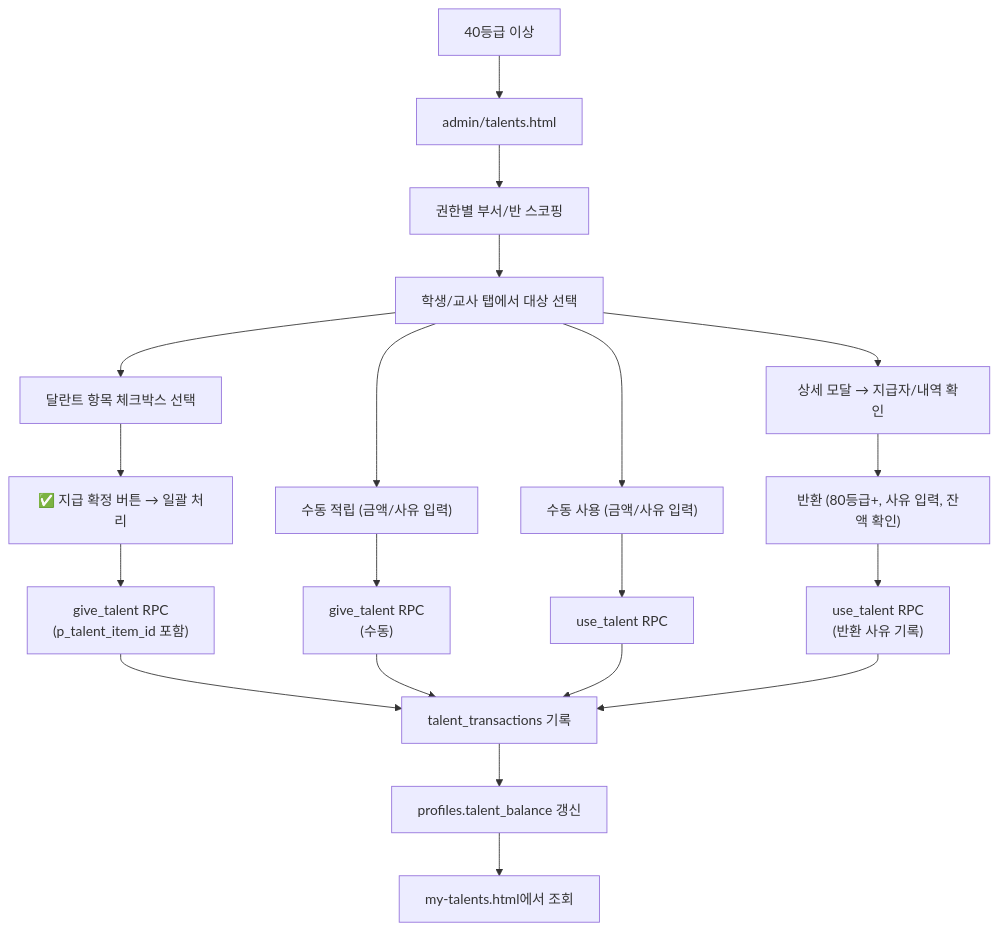
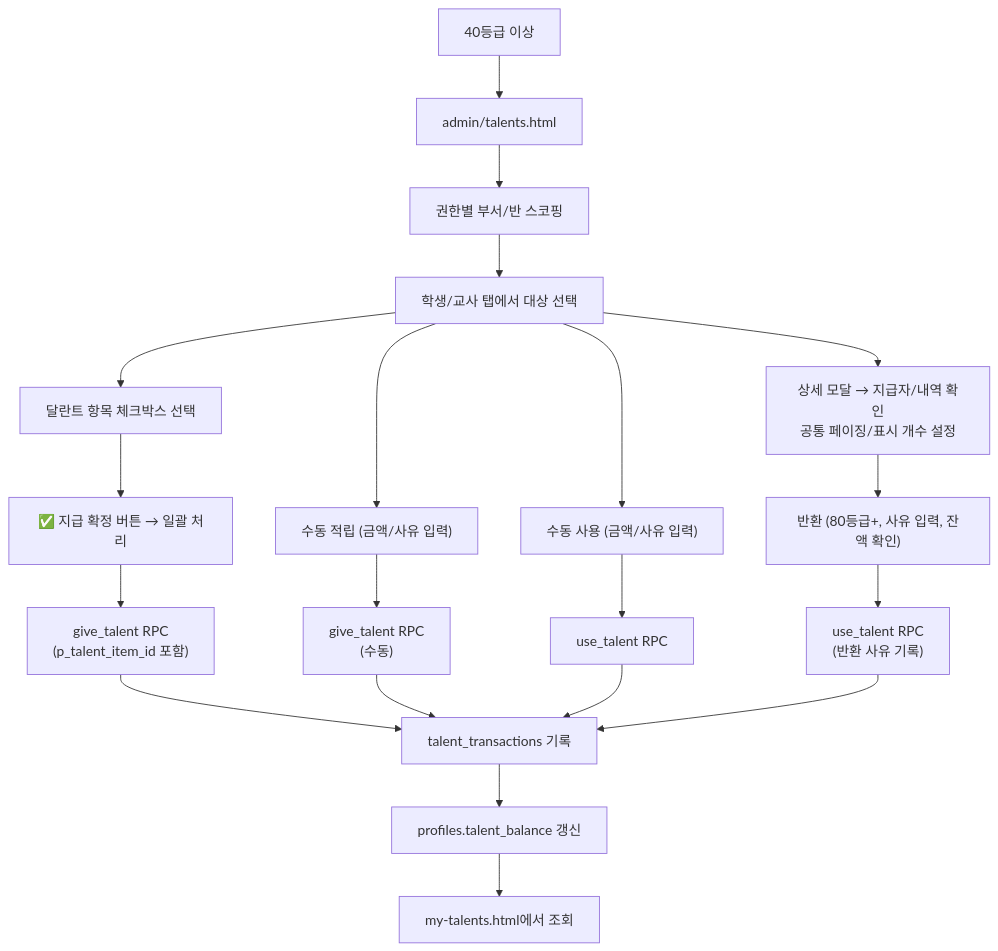
Before and after one commit to CHO-Talents-Test/CHO-Talents-Test: the ninth of 15 diagrams in docs/PROJECT_ARCHITECTURE_FLOW.md, drawn with Mermaid. The commit also changed other lines of this file and 48 other files, not shown here.

````diff
--- a/docs/PROJECT_ARCHITECTURE_FLOW.md
+++ b/docs/PROJECT_ARCHITECTURE_FLOW.md
@@ -394,23 +398,23 @@
 ```mermaid
 flowchart TD
   Manager["40등급 이상"] --> TalentPage["admin/talents.html"]
   TalentPage --> Scope["권한별 부서/반 스코핑"]
   Scope --> Target["학생/교사 탭에서 대상 선택"]
   Target --> ItemCheck["달란트 항목 체크박스 선택"]
   Target --> ManualGive["수동 적립 (금액/사유 입력)"]
   Target --> ManualUse["수동 사용 (금액/사유 입력)"]
   ItemCheck --> Confirm["✅ 지급 확정 버튼 → 일괄 처리"]
   Confirm --> GiveRPC["give_talent RPC<br/>(p_talent_item_id 포함)"]
   ManualGive --> GiveTalent["give_talent RPC<br/>(수동)"]
   ManualUse --> UseTalent["use_talent RPC"]
   GiveRPC --> Tx["talent_transactions 기록"]
   GiveTalent --> Tx
   UseTalent --> Tx
   Tx --> Balance["profiles.talent_balance 갱신"]
   Balance --> UserView["my-talents.html에서 조회"]
 
-  Target --> Detail["상세 모달 → 지급자/내역 확인"]
+  Target --> Detail["상세 모달 → 지급자/내역 확인<br/>공통 페이징/표시 개수 설정"]
   Detail --> Return["반환 (80등급+, 사유 입력, 잔액 확인)"]
   Return --> ReturnRPC["use_talent RPC<br/>(반환 사유 기록)"]
   ReturnRPC --> Tx
 ```
````
